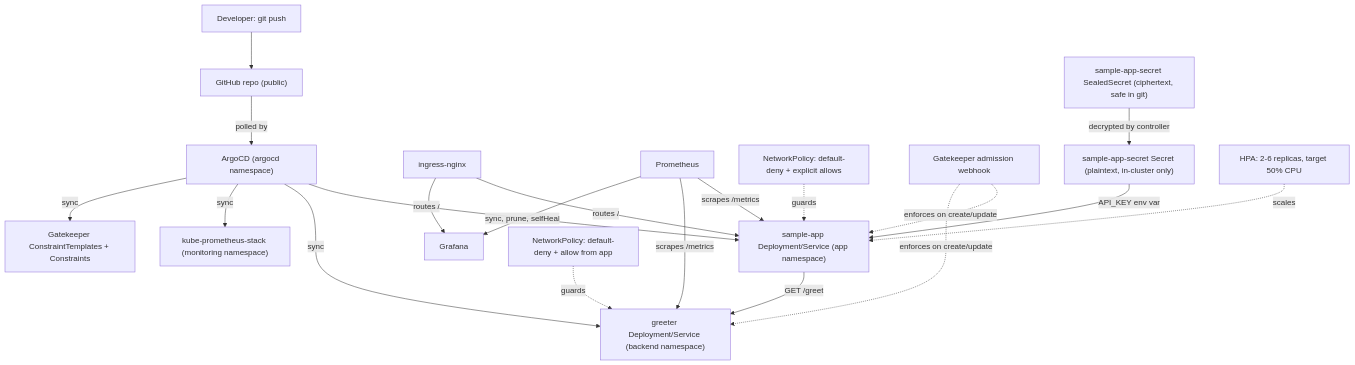
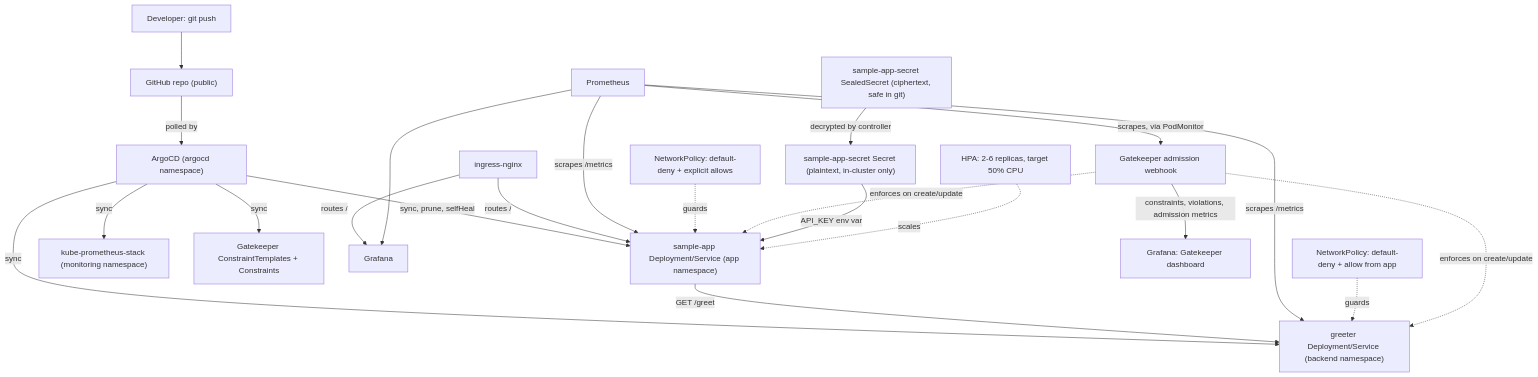
The diagram in README.md (soodrajesh/minikube-gitops-platform), drawn with Mermaid before and after one commit. The commit also changed other lines of this file and 4 other files, not shown here.

First line of the commit message:
Fix CI for Gatekeeper PodMonitor, add test.sh checks, update docs

````diff
--- a/README.md
+++ b/README.md
@@ -11,22 +11,24 @@
 ```mermaid
 graph TD
     Dev["Developer: git push"] --> GH["GitHub repo (public)"]
     GH -->|polled by| ArgoCD["ArgoCD (argocd namespace)"]
     ArgoCD -->|sync, prune, selfHeal| App["sample-app Deployment/Service (app namespace)"]
     ArgoCD -->|sync| Backend["greeter Deployment/Service (backend namespace)"]
     ArgoCD -->|sync| Monitoring["kube-prometheus-stack (monitoring namespace)"]
     ArgoCD -->|sync| Policies["Gatekeeper ConstraintTemplates + Constraints"]
     Ingress["ingress-nginx"] -->|routes /| App
     Ingress -->|routes /| Grafana["Grafana"]
     App -->|GET /greet| Backend
     Prometheus["Prometheus"] -->|scrapes /metrics| App
     Prometheus -->|scrapes /metrics| Backend
     Prometheus --> Grafana
     NetPol["NetworkPolicy: default-deny + explicit allows"] -.guards.-> App
     NetPol2["NetworkPolicy: default-deny + allow from app"] -.guards.-> Backend
     Gatekeeper["Gatekeeper admission webhook"] -.enforces on create/update.-> App
     Gatekeeper -.enforces on create/update.-> Backend
     SealedSecret["sample-app-secret SealedSecret (ciphertext, safe in git)"] -->|decrypted by controller| Secret["sample-app-secret Secret (plaintext, in-cluster only)"]
     Secret -->|API_KEY env var| App
     HPA["HPA: 2-6 replicas, target 50% CPU"] -.scales.-> App
+    Prometheus -->|scrapes, via PodMonitor| Gatekeeper
+    Gatekeeper -->|constraints, violations, admission metrics| GKDash["Grafana: Gatekeeper dashboard"]
 ```
````
